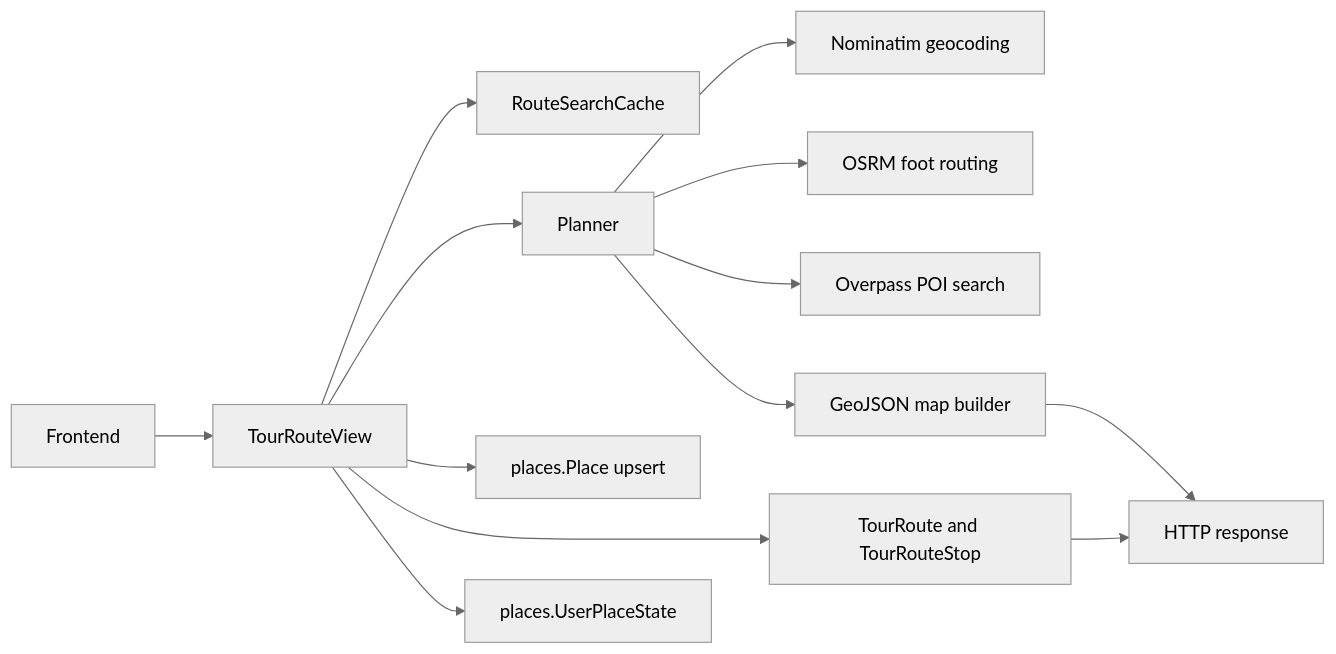
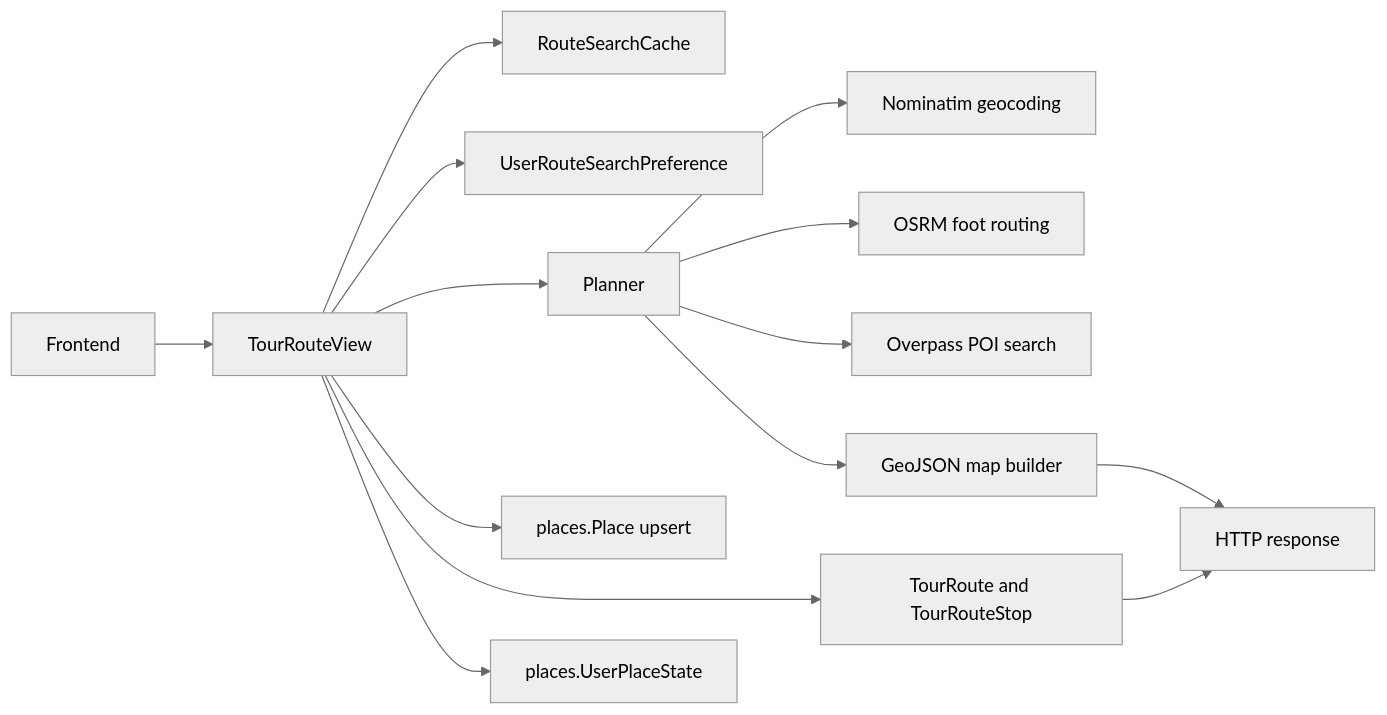
One commit to Portugol-Devoteers/explora-plus-backend changed the first of 2 diagrams in README.md. Above: the diagram before and after it, drawn with Mermaid (neutral theme). The commit also changed other lines of this file and 17 other files, not shown here.

````diff
--- a/README.md
+++ b/README.md
@@ -131,15 +132,16 @@
 ```mermaid
 flowchart LR
     FE[Frontend] --> TR[TourRouteView]
     TR --> CACHE[RouteSearchCache]
+    TR --> PREFS[UserRouteSearchPreference]
     TR --> PLANNER[Planner]
     PLANNER --> GEOCODE[Nominatim geocoding]
     PLANNER --> ROUTING[OSRM foot routing]
     PLANNER --> POI[Overpass POI search]
     PLANNER --> MAP[GeoJSON map builder]
     TR --> PLACES[places.Place upsert]
     TR --> ROUTE[TourRoute and TourRouteStop]
     TR --> USERSTATE[places.UserPlaceState]
     ROUTE --> RESP[HTTP response]
     MAP --> RESP
 ```
````
